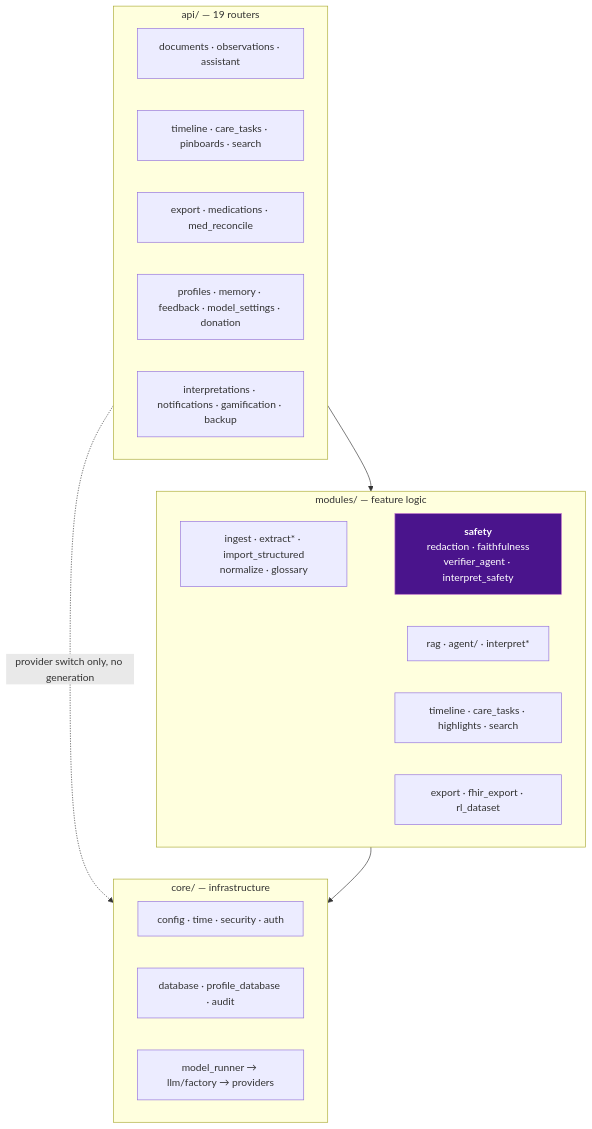
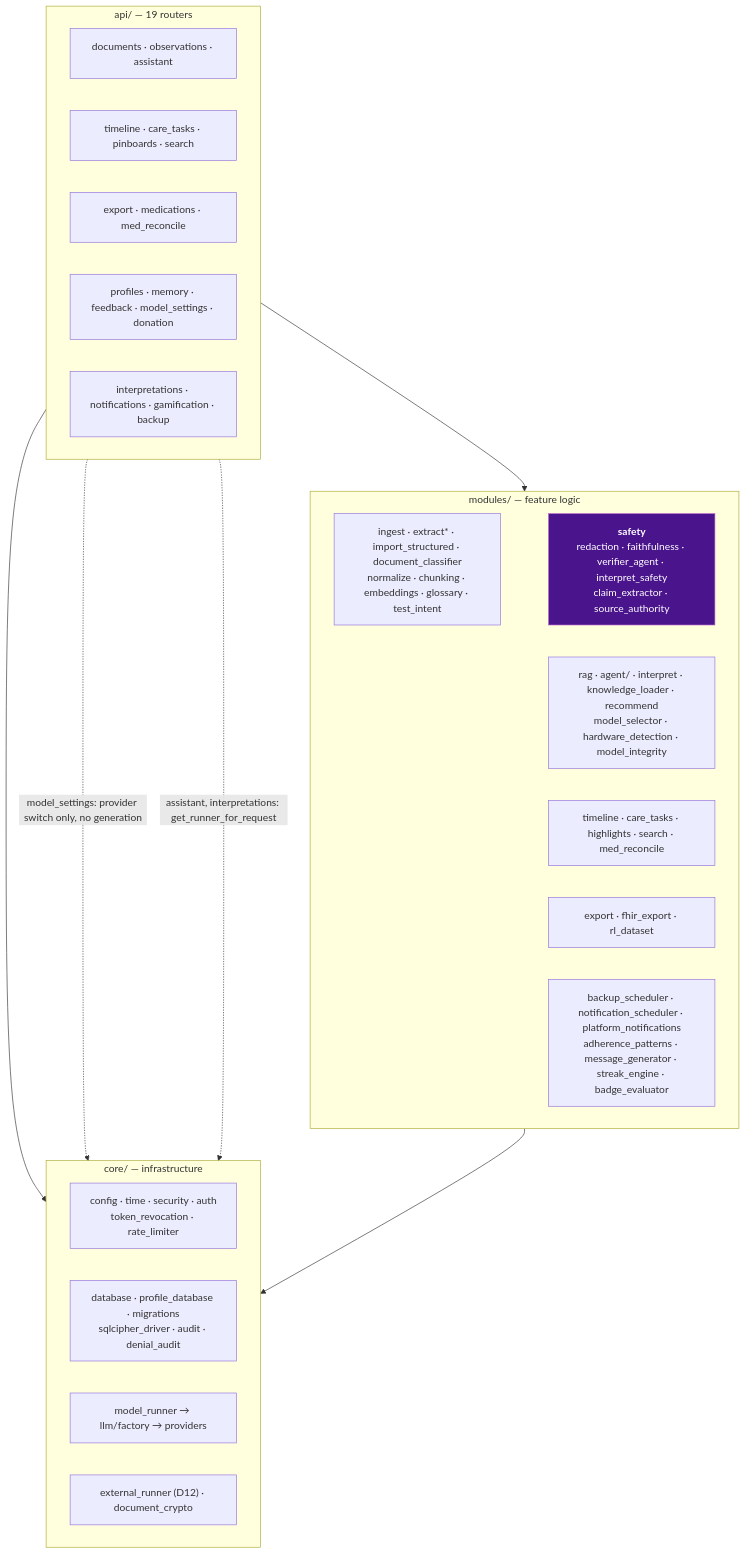
Before and after one commit to BrooklynD23/HealthCentral: the second of 4 diagrams in docs/architecture/backend.md, drawn with Mermaid. The commit also changed other lines of this file and 20 other files, not shown here.

````diff
--- a/docs/architecture/backend.md
+++ b/docs/architecture/backend.md
@@ -58,33 +59,37 @@
 ```mermaid
 flowchart TD
     subgraph api["api/ — 19 routers"]
         direction LR
         A1["documents · observations · assistant"]
         A2["timeline · care_tasks · pinboards · search"]
         A3["export · medications · med_reconcile"]
         A4["profiles · memory · feedback · model_settings · donation"]
         A5["interpretations · notifications · gamification · backup"]
     end
 
     subgraph modules["modules/ — feature logic"]
         direction LR
-        M1["ingest · extract* · import_structured<br/>normalize · glossary"]
-        M2["rag · agent/ · interpret*"]
-        M3["timeline · care_tasks · highlights · search"]
+        M1["ingest · extract* · import_structured · document_classifier<br/>normalize · chunking · embeddings · glossary · test_intent"]
+        M2["rag · agent/ · interpret · knowledge_loader · recommend<br/>model_selector · hardware_detection · model_integrity"]
+        M3["timeline · care_tasks · highlights · search · med_reconcile"]
         M4["export · fhir_export · rl_dataset"]
-        SAFE["<b>safety</b><br/>redaction · faithfulness<br/>verifier_agent · interpret_safety"]
+        M5["backup_scheduler · notification_scheduler · platform_notifications<br/>adherence_patterns · message_generator · streak_engine · badge_evaluator"]
+        SAFE["<b>safety</b><br/>redaction · faithfulness · verifier_agent · interpret_safety<br/>claim_extractor · source_authority"]
     end
 
     subgraph core["core/ — infrastructure"]
         direction LR
-        C1["config · time · security · auth"]
-        C2["database · profile_database · audit"]
+        C1["config · time · security · auth<br/>token_revocation · rate_limiter"]
+        C2["database · profile_database · migrations<br/>sqlcipher_driver · audit · denial_audit"]
         C3["model_runner → llm/factory → providers"]
+        C4["external_runner (D12) · document_crypto"]
     end
 
     api --> modules --> core
+    api --> core
     modules --> SAFE
-    api -.->|"provider switch only, no generation"| C3
+    api -.->|"model_settings: provider switch only, no generation"| C3
+    api -.->|"assistant, interpretations: get_runner_for_request"| C4
 
     style SAFE fill:#4a148c,stroke:#ba68c8,color:#fff
 ```
````
